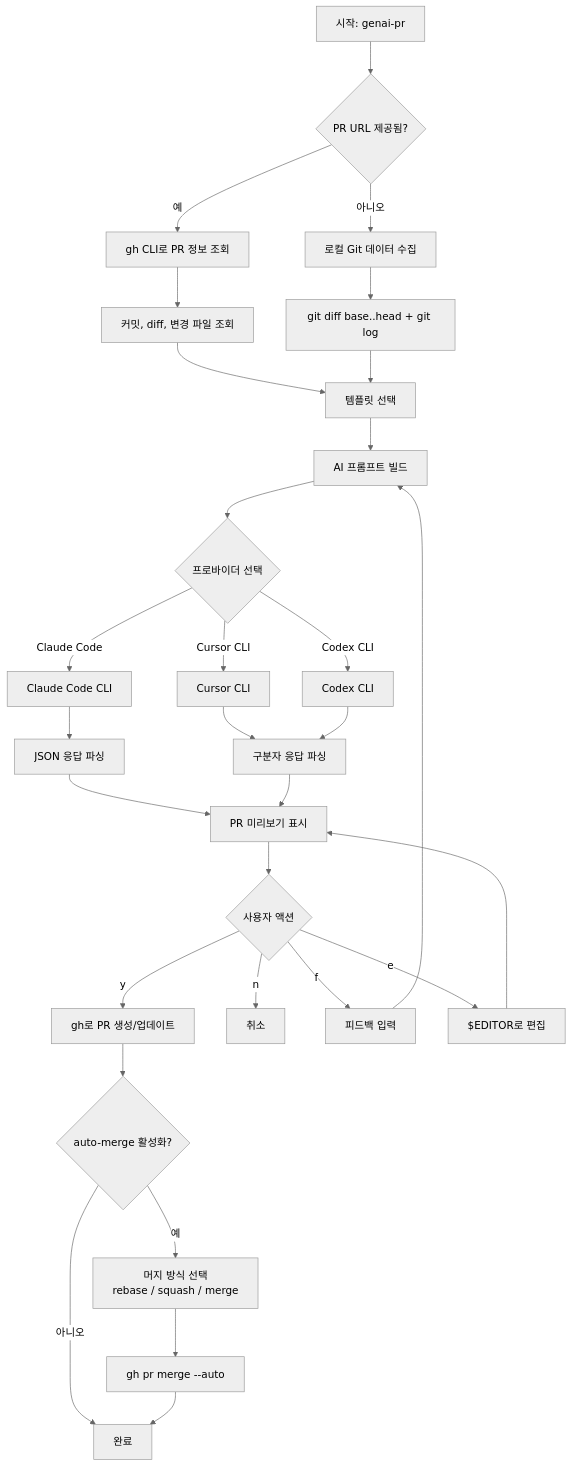
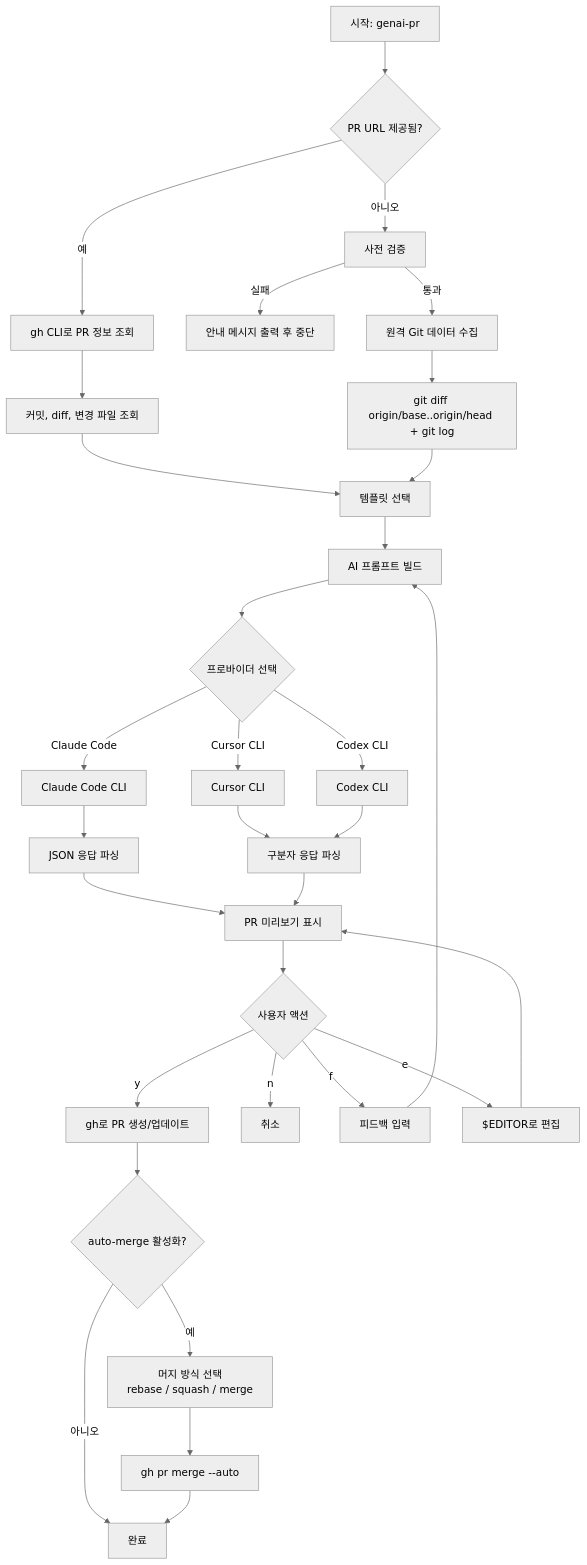
Before and after one commit to Seungwoo321/genai-pr: the diagram in README.ko.md, drawn with Mermaid (neutral theme). The commit also changed other lines of this file and 3 other files, not shown here.

````diff
--- a/README.ko.md
+++ b/README.ko.md
@@ -23,32 +24,34 @@
 ```mermaid
 flowchart TD
     A[시작: genai-pr] --> B{PR URL 제공됨?}
     B -->|예| C[gh CLI로 PR 정보 조회]
-    B -->|아니오| D[로컬 Git 데이터 수집]
+    B -->|아니오| PF[사전 검증]
+    PF -->|실패| PFX[안내 메시지 출력 후 중단]
+    PF -->|통과| D[원격 Git 데이터 수집]
     C --> E[커밋, diff, 변경 파일 조회]
-    D --> F[git diff base..head + git log]
+    D --> F[git diff origin/base..origin/head + git log]
     E --> G[템플릿 선택]
     F --> G
     G --> H[AI 프롬프트 빌드]
     H --> I{프로바이더 선택}
     I -->|Claude Code| J[Claude Code CLI]
     I -->|Cursor CLI| K[Cursor CLI]
     I -->|Codex CLI| K2[Codex CLI]
     J --> L[JSON 응답 파싱]
     K --> M[구분자 응답 파싱]
     K2 --> M
     L --> N[PR 미리보기 표시]
     M --> N
     N --> O{사용자 액션}
     O -->|y| P[gh로 PR 생성/업데이트]
     O -->|n| Q[취소]
     O -->|f| R[피드백 입력]
     O -->|e| S[$EDITOR로 편집]
     R --> H
     S --> N
     P --> U{auto-merge 활성화?}
     U -->|예| V[머지 방식 선택<br/>rebase / squash / merge]
     U -->|아니오| T[완료]
     V --> W[gh pr merge --auto]
     W --> T[완료]
 ```
````
